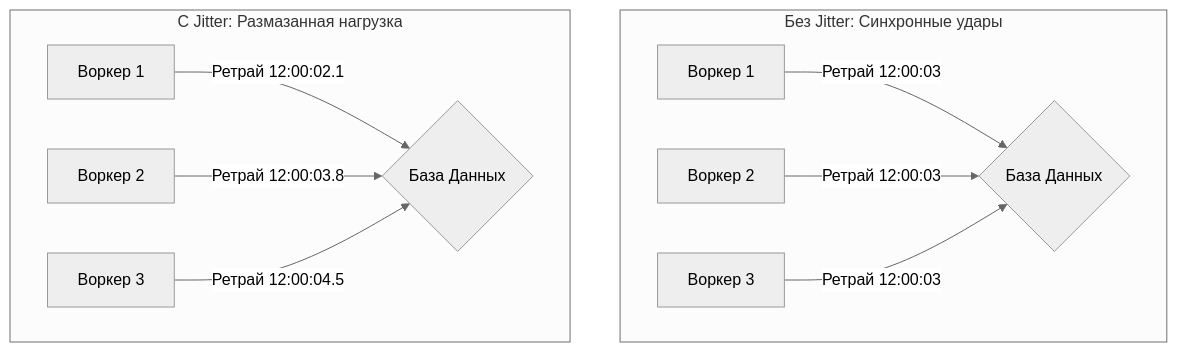
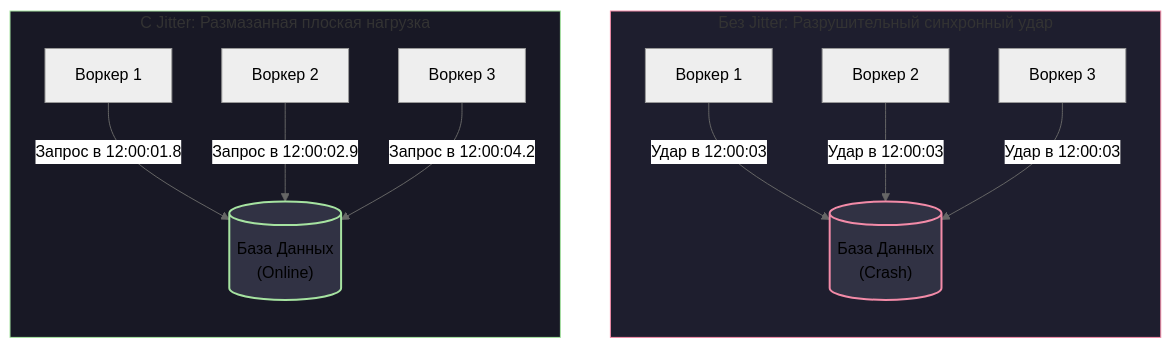
Before and after one commit to UnrealTemplier/go-textbook: the first of 2 diagrams in sources/13. Очереди, брокеры сообщений и оркестраторы/01. Фундамент асинхронности/9. Retry стратегии и exponential backoff.md, drawn with Mermaid (neutral theme). The commit also changed other lines of this file, not shown here.

````diff
--- a/sources/13. Очереди, брокеры сообщений и оркестраторы/01. Фундамент асинхронности/9. Retry стратегии и exponential backoff.md
+++ b/sources/13. Очереди, брокеры сообщений и оркестраторы/01. Фундамент асинхронности/9. Retry стратегии и exponential backoff.md
@@ -52,14 +80,21 @@
 ```mermaid
 flowchart TD
-    subgraph WithoutJitter ["Без Jitter: Синхронные удары"]
-        A["Воркер 1"] -->|Ретрай 12:00:03| B{"База Данных"}
-        C["Воркер 2"] -->|Ретрай 12:00:03| B
-        D["Воркер 3"] -->|Ретрай 12:00:03| B
+    subgraph WithoutJitter ["Без Jitter: Разрушительный синхронный удар"]
+        direction TB
+        A1["Воркер 1"] -->|Удар в 12:00:03| DB1[("База Данных<br>(Crash)")]
+        A2["Воркер 2"] -->|Удар в 12:00:03| DB1
+        A3["Воркер 3"] -->|Удар в 12:00:03| DB1
     end
-    
-    subgraph WithJitter ["С Jitter: Размазанная нагрузка"]
-        E["Воркер 1"] -->|Ретрай 12:00:02.1| F{"База Данных"}
-        G["Воркер 2"] -->|Ретрай 12:00:03.8| F
-        H["Воркер 3"] -->|Ретрай 12:00:04.5| F
+
+    subgraph WithJitter ["С Jitter: Размазанная плоская нагрузка"]
+        direction TB
+        B1["Воркер 1"] -->|Запрос в 12:00:01.8| DB2[("База Данных<br>(Online)")]
+        B2["Воркер 2"] -->|Запрос в 12:00:02.9| DB2
+        B3["Воркер 3"] -->|Запрос в 12:00:04.2| DB2
     end
+
+    style WithoutJitter fill:#1e1e2e,stroke:#f38ba8,stroke-width:1px
+    style WithJitter fill:#181825,stroke:#a6e3a1,stroke-width:1px
+    style DB1 fill:#313244,stroke:#f38ba8,stroke-width:2px
+    style DB2 fill:#313244,stroke:#a6e3a1,stroke-width:2px
 ```
````
